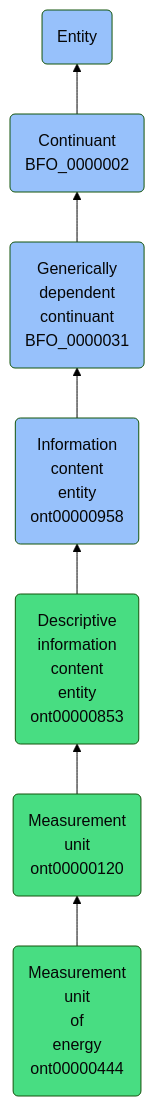
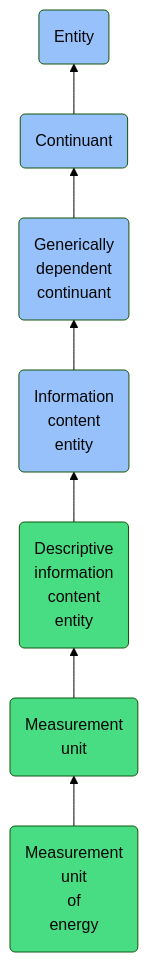
One commit to jupyter-naas/abi changed the diagram in docs/ontology/reference/model/Entity/Continuant/Generically dependent continuant/Information content entity/Descriptive information content entity/Measurement unit/Measurement unit of energy/Measurement unit of energy.md. Above: the diagram before and after it, drawn with Mermaid (forest theme). The commit also changed other lines of this file and 1430 other files, not shown here.

````diff
--- a/docs/ontology/reference/model/Entity/Continuant/Generically dependent continuant/Information content entity/Descriptive information content entity/Measurement unit/Measurement unit of energy/Measurement unit of energy.md
+++ b/docs/ontology/reference/model/Entity/Continuant/Generically dependent continuant/Information content entity/Descriptive information content entity/Measurement unit/Measurement unit of energy/Measurement unit of energy.md
@@ -24,14 +24,14 @@
 ```mermaid
 graph BT
-    ont00000444(Measurement<br>unit<br>of<br>energy<br>ont00000444):::ABI-->ont00000120
-    ont00000120(Measurement<br>unit<br>ont00000120):::ABI-->ont00000853
-    ont00000853(Descriptive<br>information<br>content<br>entity<br>ont00000853):::ABI-->ont00000958
-    ont00000958(Information<br>content<br>entity<br>ont00000958):::BFO-->BFO_0000031
-    BFO_0000031(Generically<br>dependent<br>continuant<br>BFO_0000031):::BFO-->BFO_0000002
-    BFO_0000002(Continuant<br>BFO_0000002):::BFO-->BFO_0000001
+    ont00000444(Measurement<br>unit<br>of<br>energy):::ABI-->ont00000120
+    ont00000120(Measurement<br>unit):::ABI-->ont00000853
+    ont00000853(Descriptive<br>information<br>content<br>entity):::ABI-->ont00000958
+    ont00000958(Information<br>content<br>entity):::BFO-->BFO_0000031
+    BFO_0000031(Generically<br>dependent<br>continuant):::BFO-->BFO_0000002
+    BFO_0000002(Continuant):::BFO-->BFO_0000001
     BFO_0000001(Entity):::BFO
     
     classDef BFO fill:#97c1fb,color:#060606
     classDef CCO fill:#e4c51e,color:#060606
     classDef ABI fill:#48DD82,color:#060606
 ```
````
